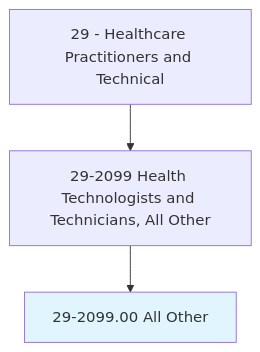
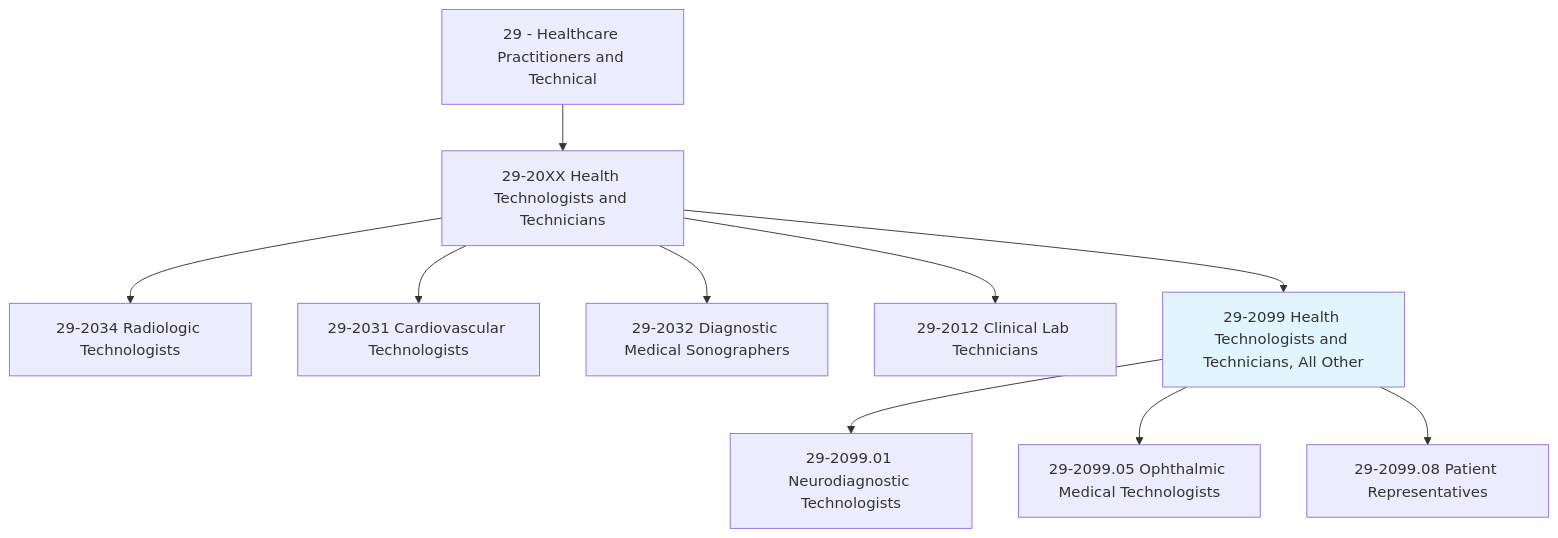
Before and after one commit to kziemski/business.org.ai: the first of 4 diagrams in occupations/HealthcarePractitioners/HealthTechnologistsAndTechnicians.mdx, drawn with Mermaid. The commit also changed other lines of this file and 885 other files, not shown here.

````diff
--- a/occupations/HealthcarePractitioners/HealthTechnologistsAndTechnicians.mdx
+++ b/occupations/HealthcarePractitioners/HealthTechnologistsAndTechnicians.mdx
@@ -23,6 +23,13 @@
 ```mermaid
 graph TD
-    Cat29["29 - Healthcare Practitioners and Technical"] --> Group292099["29-2099 Health Technologists and Technicians, All Other"]
-    Group292099 --> Current["29-2099.00 All Other"]
+    Cat29["29 - Healthcare Practitioners and Technical"] --> Group292["29-20XX Health Technologists and Technicians"]
+    Group292 --> RadTech["29-2034 Radiologic Technologists"]
+    Group292 --> CVTech["29-2031 Cardiovascular Technologists"]
+    Group292 --> SonTech["29-2032 Diagnostic Medical Sonographers"]
+    Group292 --> LabTech["29-2012 Clinical Lab Technicians"]
+    Group292 --> Current["29-2099 Health Technologists and Technicians, All Other"]
+    Current --> NDT["29-2099.01 Neurodiagnostic Technologists"]
+    Current --> Ophthalmic["29-2099.05 Ophthalmic Medical Technologists"]
+    Current --> PatRep["29-2099.08 Patient Representatives"]
     style Current fill:#e1f5fe
 ```
````
